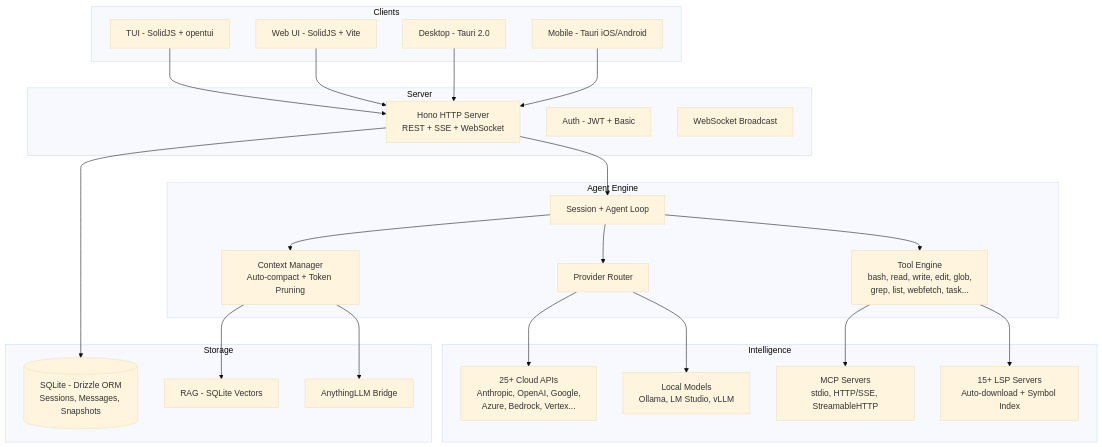
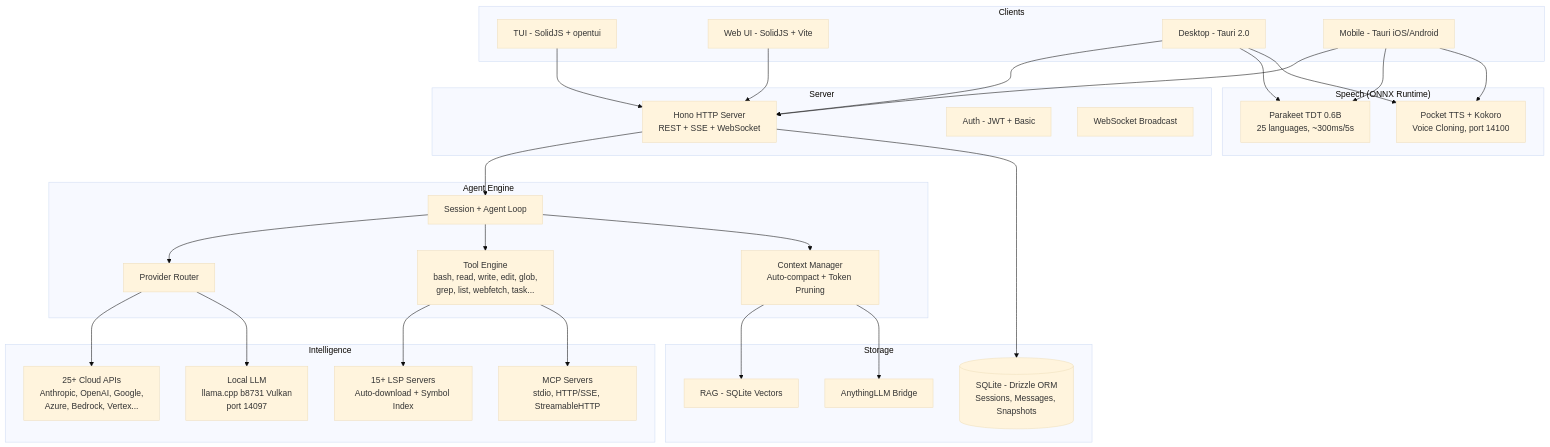
One commit to Rwanbt/opencode changed the diagram in README.md. Above: the diagram before and after it, drawn with Mermaid (base theme). The commit also changed other lines of this file and 17 other files, not shown here.

First line of the commit message:
feat: add pre-flight guards for local-llm tool calls + reduce prompt to ~150 tokens

````diff
--- a/README.md
+++ b/README.md
@@ -245,45 +317,51 @@
 ```mermaid
 graph TB
   subgraph Clients
     TUI[TUI - SolidJS + opentui]
     Web[Web UI - SolidJS + Vite]
     Desktop[Desktop - Tauri 2.0]
     Mobile[Mobile - Tauri iOS/Android]
   end
 
   subgraph Server
     Hono[Hono HTTP Server<br/>REST + SSE + WebSocket]
     Auth[Auth - JWT + Basic]
     Broadcast[WebSocket Broadcast]
   end
 
   subgraph "Agent Engine"
     Session[Session + Agent Loop]
     Router[Provider Router]
     Tools[Tool Engine<br/>bash, read, write, edit, glob,<br/>grep, list, webfetch, task...]
     Context[Context Manager<br/>Auto-compact + Token Pruning]
   end
 
   subgraph Intelligence
     Cloud[25+ Cloud APIs<br/>Anthropic, OpenAI, Google,<br/>Azure, Bedrock, Vertex...]
-    Local[Local Models<br/>Ollama, LM Studio, vLLM]
+    Local[Local LLM<br/>llama.cpp b8731 Vulkan<br/>port 14097]
     MCP[MCP Servers<br/>stdio, HTTP/SSE, StreamableHTTP]
     LSP[15+ LSP Servers<br/>Auto-download + Symbol Index]
+  end
+
+  subgraph "Speech (ONNX Runtime)"
+    STT[Parakeet TDT 0.6B<br/>25 languages, ~300ms/5s]
+    TTS[Pocket TTS + Kokoro<br/>Voice Cloning, port 14100]
   end
 
   subgraph Storage
     DB[(SQLite - Drizzle ORM<br/>Sessions, Messages, Snapshots)]
     RAG[RAG - SQLite Vectors]
     ALLM[AnythingLLM Bridge]
   end
 
   TUI & Web & Desktop & Mobile --> Hono
   Hono --> Session
   Session --> Router
   Router --> Cloud & Local
   Session --> Tools
   Tools --> LSP & MCP
   Session --> Context
   Context --> RAG & ALLM
   Hono --> DB
+  Desktop & Mobile --> STT & TTS
 ```
````
